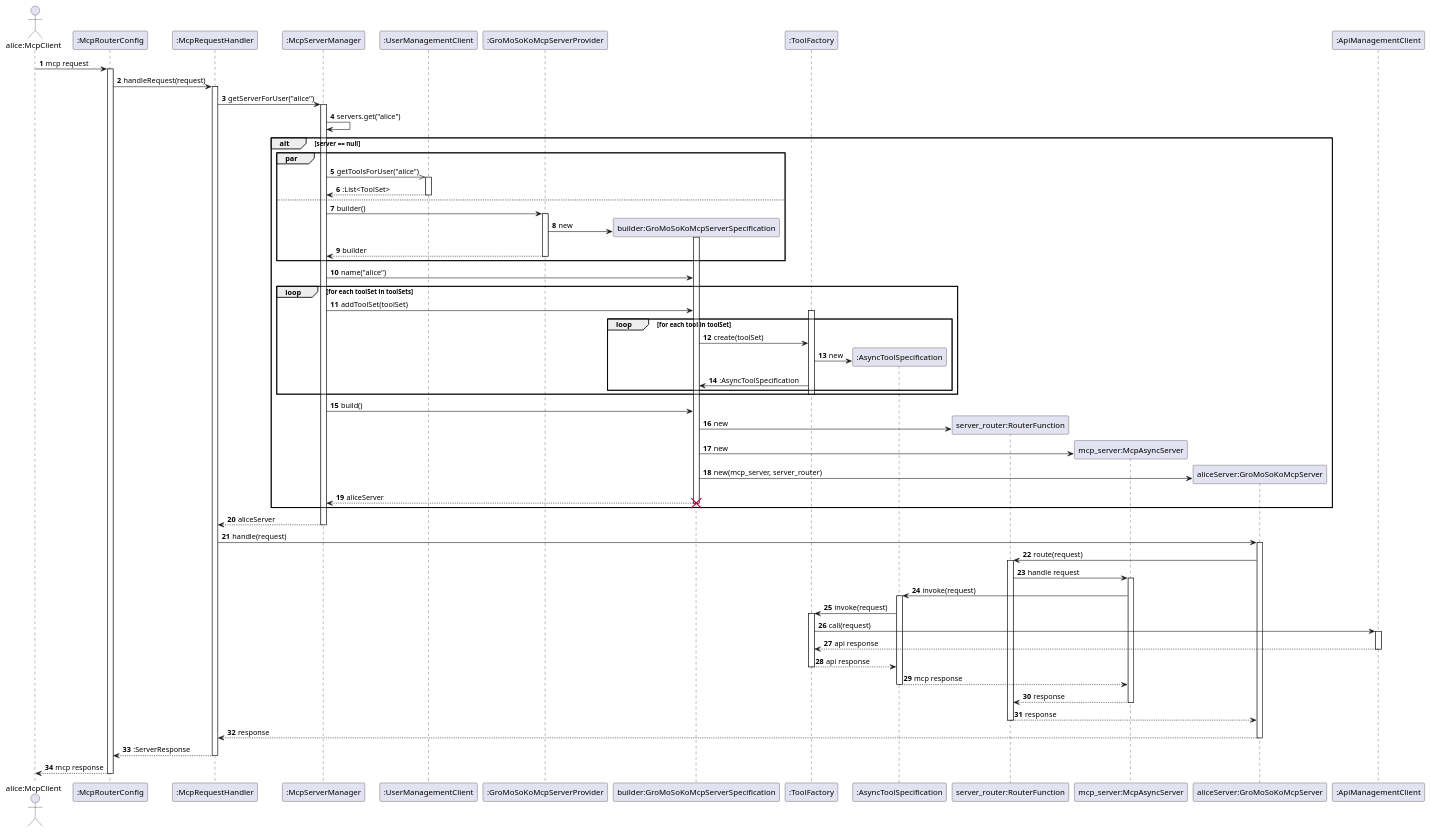
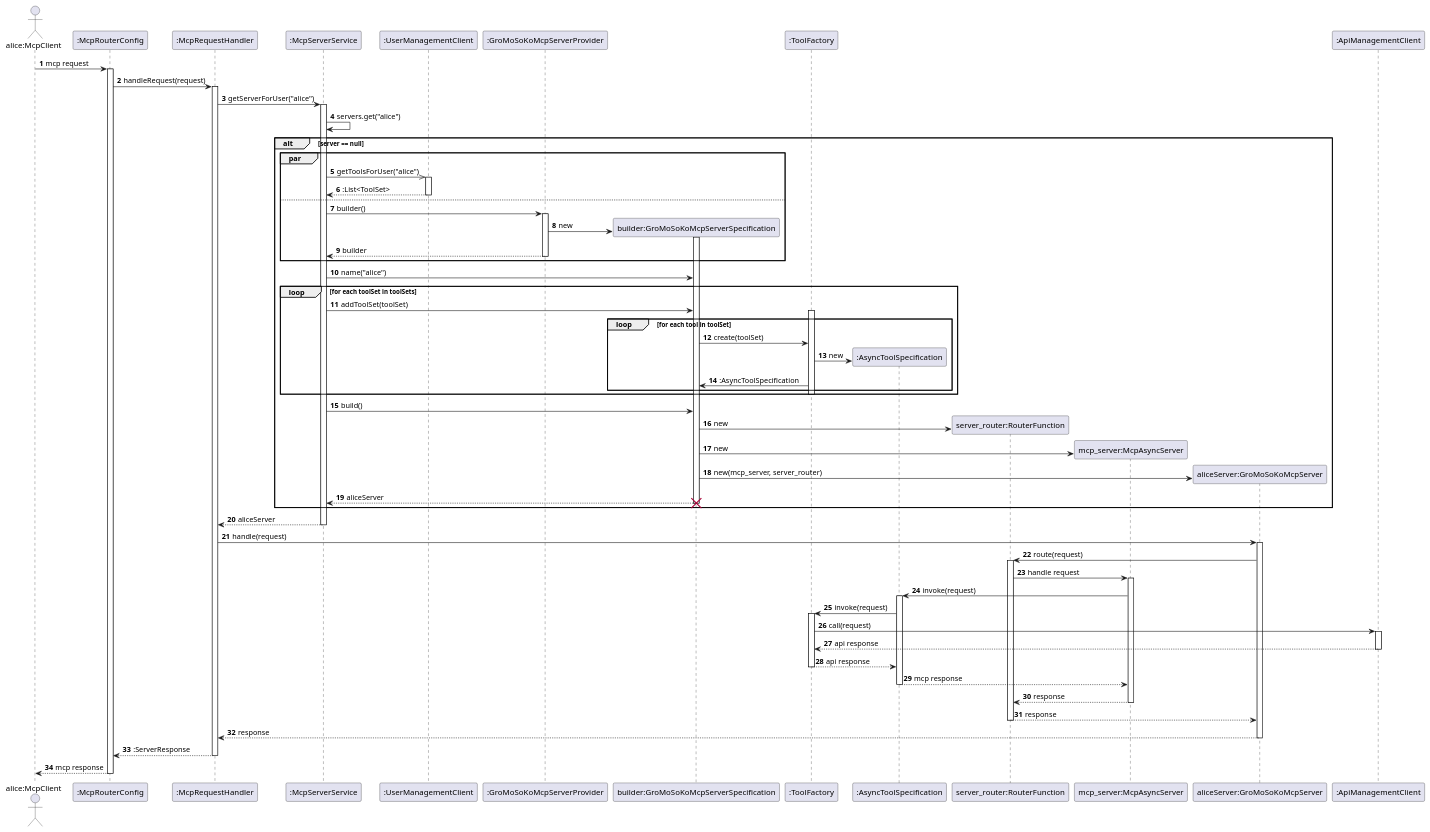
Before and after one commit to GroMoKoSo/GroMoKoSo-Meta: the diagram in docs/diagrams/runtime/mcp_management/mcp_request_full.puml, drawn with PlantUML. The commit also changed 1 other file, not shown here.

```diff
--- a/docs/diagrams/runtime/mcp_management/mcp_request_full.puml
+++ b/docs/diagrams/runtime/mcp_management/mcp_request_full.puml
@@ -1,105 +1,105 @@
 @startuml
 autonumber
 
 actor client as "alice:McpClient"
 
 participant router as ":McpRouterConfig"
 participant handler as ":McpRequestHandler"
-participant manager as ":McpServerManager"
+participant manager as ":McpServerService"
 participant user as ":UserManagementClient"
 participant provider as ":GroMoSoKoMcpServerProvider"
 
 client -> router: mcp request
 activate router
 router -> handler: handleRequest(request)
 activate handler
 handler -> manager: getServerForUser("alice")
 activate manager
 manager -> manager: servers.get("alice")
 
 alt server == null
 
     par
         manager ->> user: getToolsForUser("alice")
         activate user
         manager <-- user: :List<ToolSet>
         deactivate user
     else
         manager -> provider: builder()
         activate provider
         create participant builder as "builder:GroMoSoKoMcpServerSpecification"
         provider -> builder: new
         activate builder
         manager <-- provider: builder
         deactivate provider
     end
 
 
 
     manager -> builder: name("alice")
 
     participant tool_factory as ":ToolFactory"
 
     loop for each toolSet in toolSets
         manager -> builder: addToolSet(toolSet)
         activate tool_factory
         loop for each tool in toolSet
             builder -> tool_factory: create(toolSet)
             create participant tool as ":AsyncToolSpecification"
             tool_factory -> tool: new
             builder <- tool_factory: :AsyncToolSpecification
         end
             deactivate tool_factory
     end
 
     manager -> builder: build()
 
     create participant server_router as "server_router:RouterFunction"
     builder -> server_router : new
     create participant mcp_server as "mcp_server:McpAsyncServer"
     builder -> mcp_server : new
 
     create participant alice_server as "aliceServer:GroMoSoKoMcpServer"
     builder -> alice_server: new(mcp_server, server_router)
     manager <-- builder: aliceServer
 
     destroy builder
 end
 
 handler <-- manager: aliceServer
 deactivate manager
 
 handler -> alice_server: handle(request)
 activate alice_server
 alice_server -> server_router: route(request)
 activate server_router
 server_router -> mcp_server: handle request
 activate mcp_server
 mcp_server -> tool: invoke(request)
 activate tool
 tool -> tool_factory: invoke(request)
 activate tool_factory
 participant api as ":ApiManagementClient"
 tool_factory -> api: call(request)
 activate api
 
 tool_factory <-- api: api response
 deactivate api
 tool <-- tool_factory: api response
 deactivate tool_factory
 mcp_server <-- tool: mcp response
 deactivate tool
 server_router <-- mcp_server: response
 deactivate mcp_server
 alice_server <-- server_router: response
 deactivate server_router
 handler <-- alice_server: response
 deactivate alice_server
 
 router <-- handler: :ServerResponse
 deactivate handler
 
 client <-- router: mcp response
 deactivate router
 
 @enduml
```
